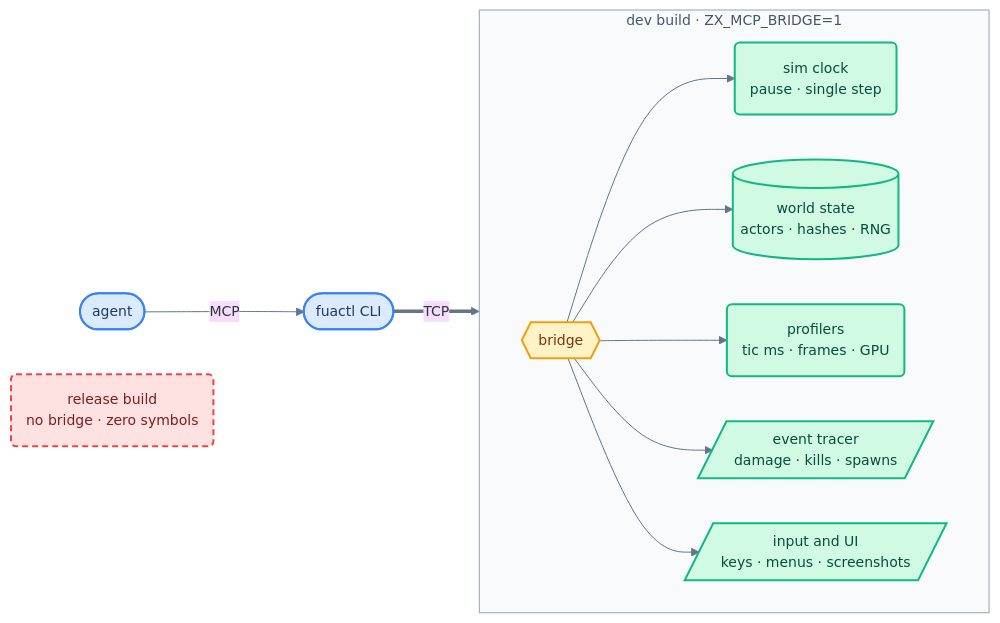
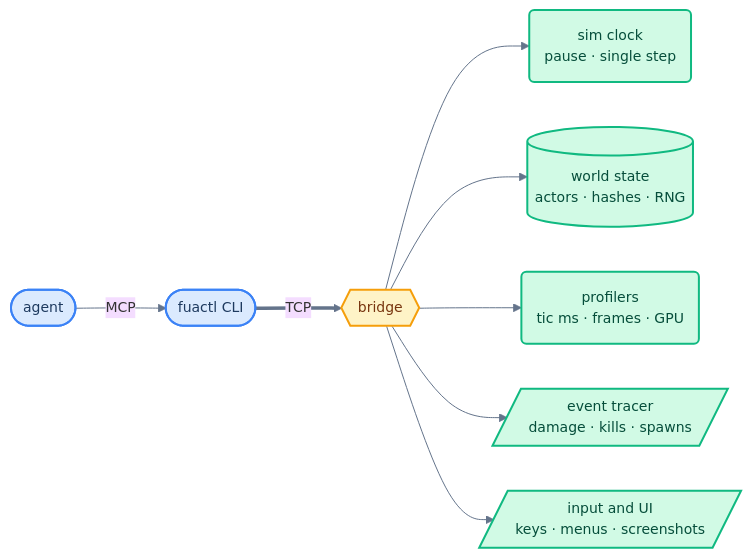
Before and after one commit to rc4l/ForkUnderA: the diagram in README.fuactl.md, drawn with Mermaid.

Commit message:
README.fuactl: flatten diagram

````diff
--- a/README.fuactl.md
+++ b/README.fuactl.md
@@ -5,27 +5,19 @@
 ```mermaid
 %%{init: {"theme":"base","themeVariables":{"fontSize":"14px","lineColor":"#64748b"},"flowchart":{"curve":"basis","nodeSpacing":45,"rankSpacing":60}}}%%
 flowchart LR
     AI([agent]) -->|MCP| CLI([fuactl CLI])
     CLI ==>|TCP| B{{bridge}}
 
-    subgraph DEV["dev build · ZX_MCP_BRIDGE=1"]
-        direction LR
-        B --> SIM("sim clock<br/>pause · single step")
-        B --> STATE[("world state<br/>actors · hashes · RNG")]
-        B --> PROF("profilers<br/>tic ms · frames · GPU")
-        B --> TRACE[/"event tracer<br/>damage · kills · spawns"/]
-        B --> UI[/"input and UI<br/>keys · menus · screenshots"/]
-    end
-
-    REL("release build<br/>no bridge · zero symbols")
+    B --> SIM("sim clock<br/>pause · single step")
+    B --> STATE[("world state<br/>actors · hashes · RNG")]
+    B --> PROF("profilers<br/>tic ms · frames · GPU")
+    B --> TRACE[/"event tracer<br/>damage · kills · spawns"/]
+    B --> UI[/"input and UI<br/>keys · menus · screenshots"/]
 
     classDef you fill:#dbeafe,stroke:#3b82f6,stroke-width:2px,color:#1e3a5f
     classDef hub fill:#fef3c7,stroke:#f59e0b,stroke-width:2px,color:#78350f
     classDef cap fill:#d1fae5,stroke:#10b981,stroke-width:2px,color:#064e3b
-    classDef off fill:#fee2e2,stroke:#ef4444,stroke-width:2px,color:#7f1d1d,stroke-dasharray:6 4
     class AI,CLI you
     class B hub
     class SIM,STATE,PROF,TRACE,UI cap
-    class REL off
-    style DEV fill:#f8fafc,stroke:#94a3b8,stroke-width:1px,color:#475569
 ```
````
